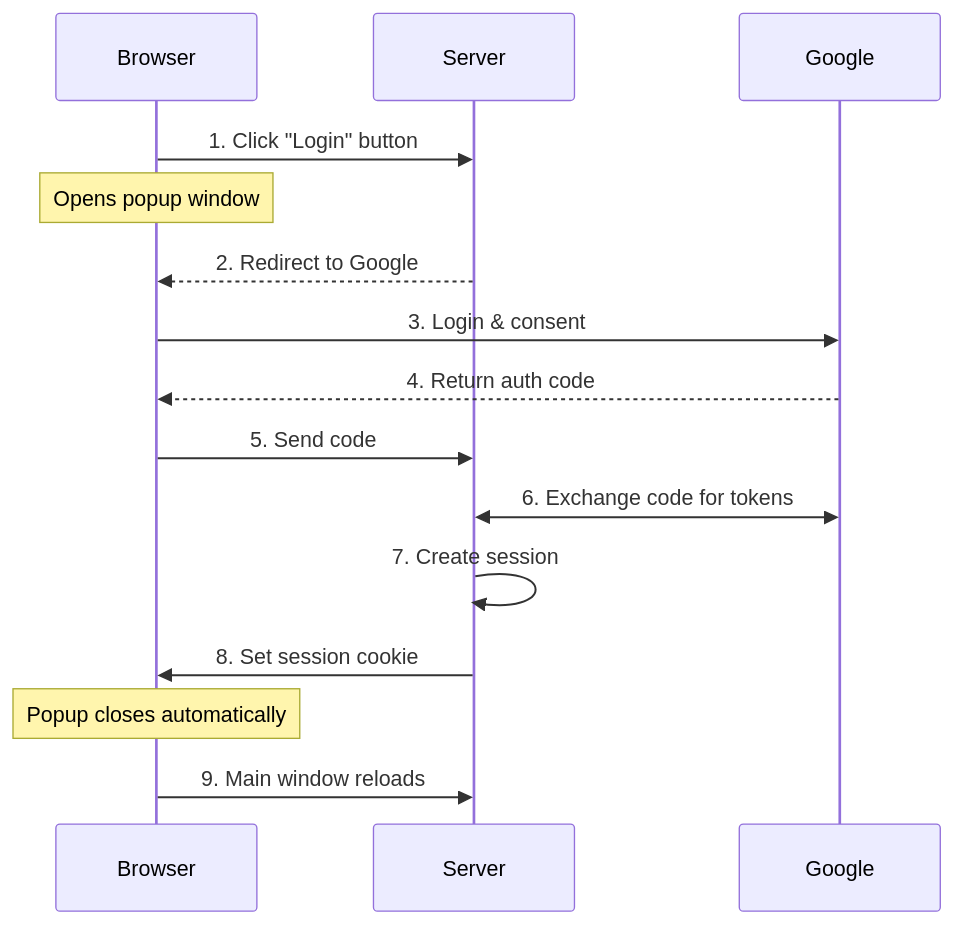
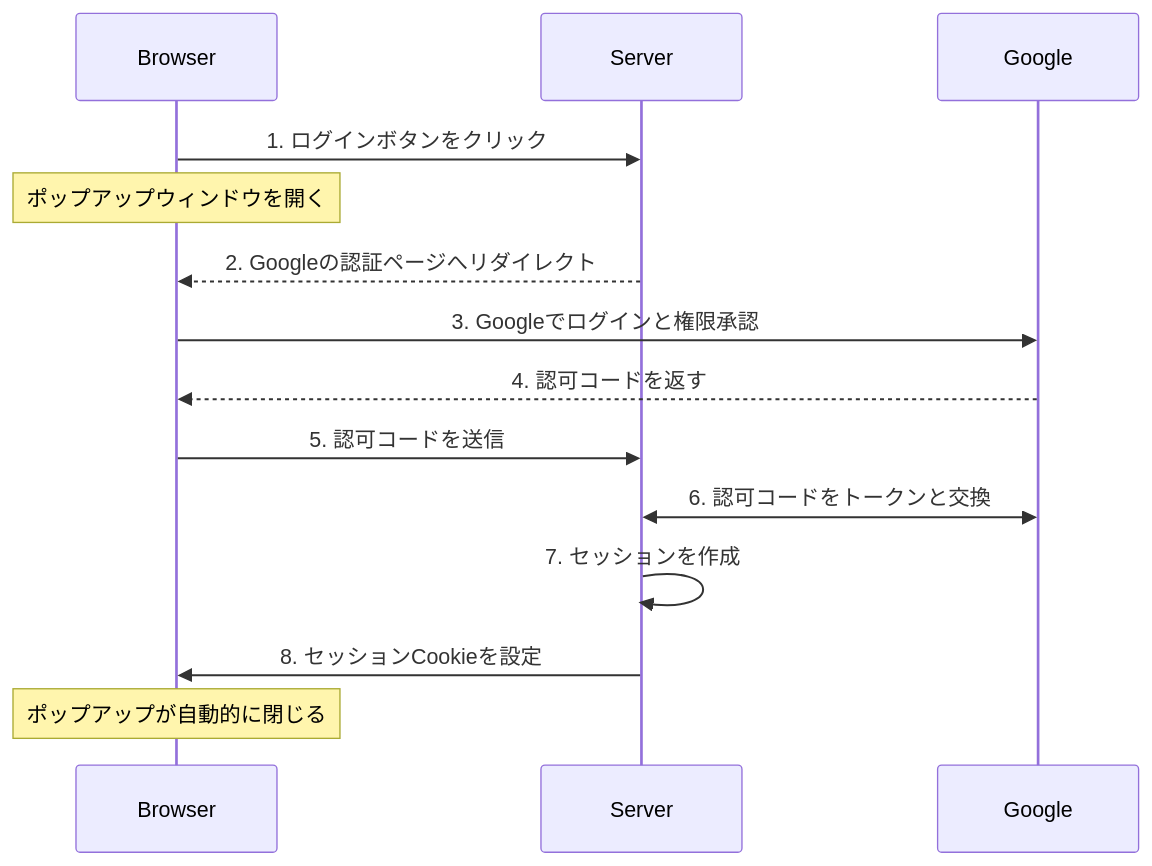
Before and after one commit to ktaka-ccmp/ktaka.blog.ccmp.jp: the first of 3 diagrams in 2024/Axum-Google-OAuth2-Login/Readme.jp.md, drawn with Mermaid. The commit also changed other lines of this file, not shown here.

````diff
--- a/2024/Axum-Google-OAuth2-Login/Readme.jp.md
+++ b/2024/Axum-Google-OAuth2-Login/Readme.jp.md
@@ -47,18 +45,17 @@
 ```mermaid
 sequenceDiagram
     participant Browser
     participant Server
     participant Google
 
-    Browser->>Server: 1. Click "Login" button
-    Note over Browser: Opens popup window
-    Server-->>Browser: 2. Redirect to Google
-    Browser->>Google: 3. Login & consent
-    Google-->>Browser: 4. Return auth code
-    Browser->>Server: 5. Send code
-    Server<<->>Google: 6. Exchange code for tokens
-    Server->>Server: 7. Create session
-    Server->>Browser: 8. Set session cookie
-    Note over Browser: Popup closes automatically
-    Browser->>Server: 9. Main window reloads
+    Browser->>Server: 1. ログインボタンをクリック
+    Note over Browser: ポップアップウィンドウを開く
+    Server-->>Browser: 2. Googleの認証ページへリダイレクト
+    Browser->>Google: 3. Googleでログインと権限承認
+    Google-->>Browser: 4. 認可コードを返す
+    Browser->>Server: 5. 認可コードを送信
+    Server<<->>Google: 6. 認可コードをトークンと交換
+    Server->>Server: 7. セッションを作成
+    Server->>Browser: 8. セッションCookieを設定
+    Note over Browser: ポップアップが自動的に閉じる
 ```
````
